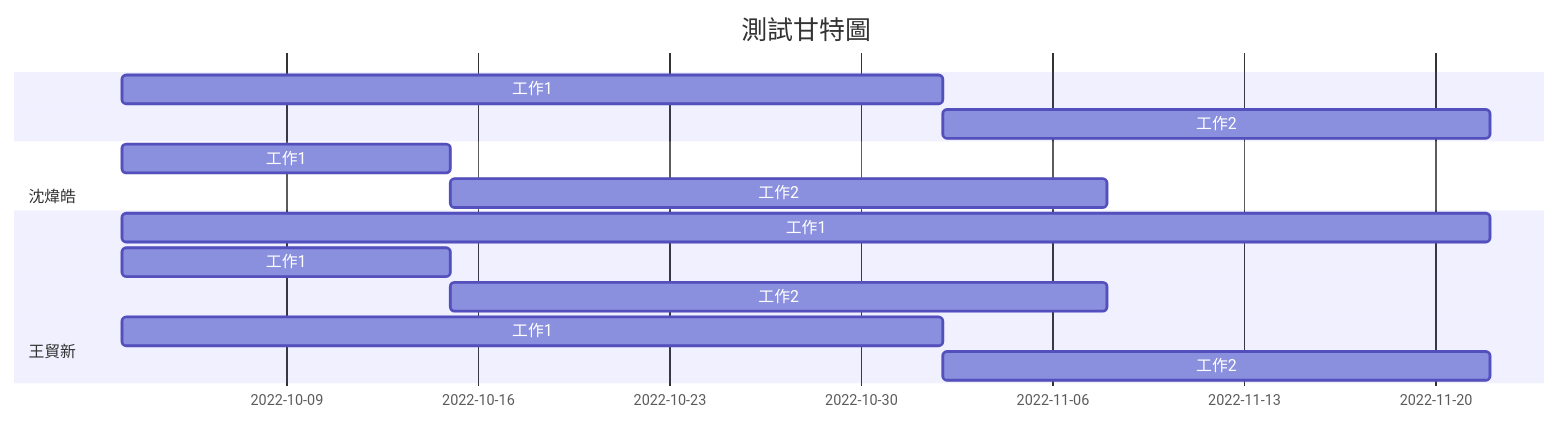
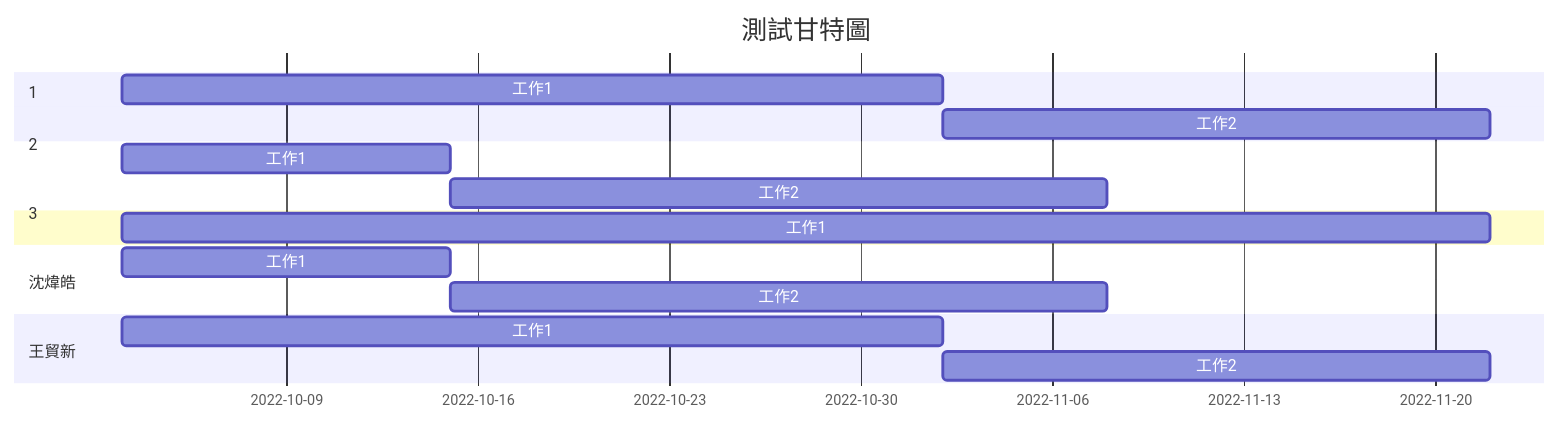
The diagram in hw2.md (Shen-Wei-Hao/2022-3a), drawn with Mermaid before and after one commit.

````diff
--- a/hw2.md
+++ b/hw2.md
@@ -1,23 +1,23 @@
 ```mermaid
 gantt
     title 測試甘特圖
 
     section 沈煒皓
     工作1 :a1, 2022-10-03, 30d
     工作2 :after a1  , 20d
     
     section 王貿新
     工作1 :2022-10-03  , 12d
     工作2 : 24d
     
-    section 沈煒皓
+    section 1
     工作1 :2022-10-03, 50d
     
-    section 沈煒皓
+    section 2
     工作1 :2022-10-03  , 12d
     工作2 : 24d
     
-    section 沈煒皓
+    section 3
     工作1 :a1, 2022-10-03, 30d
     工作2 :after a1  , 20d
 ```
````
